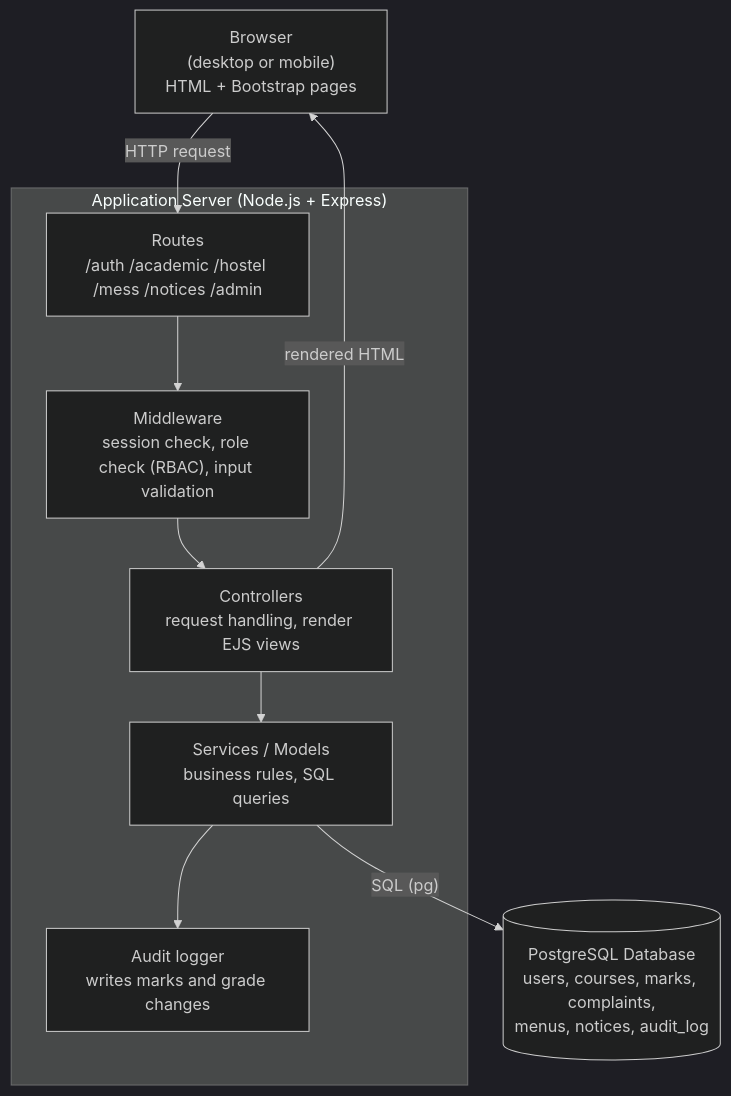
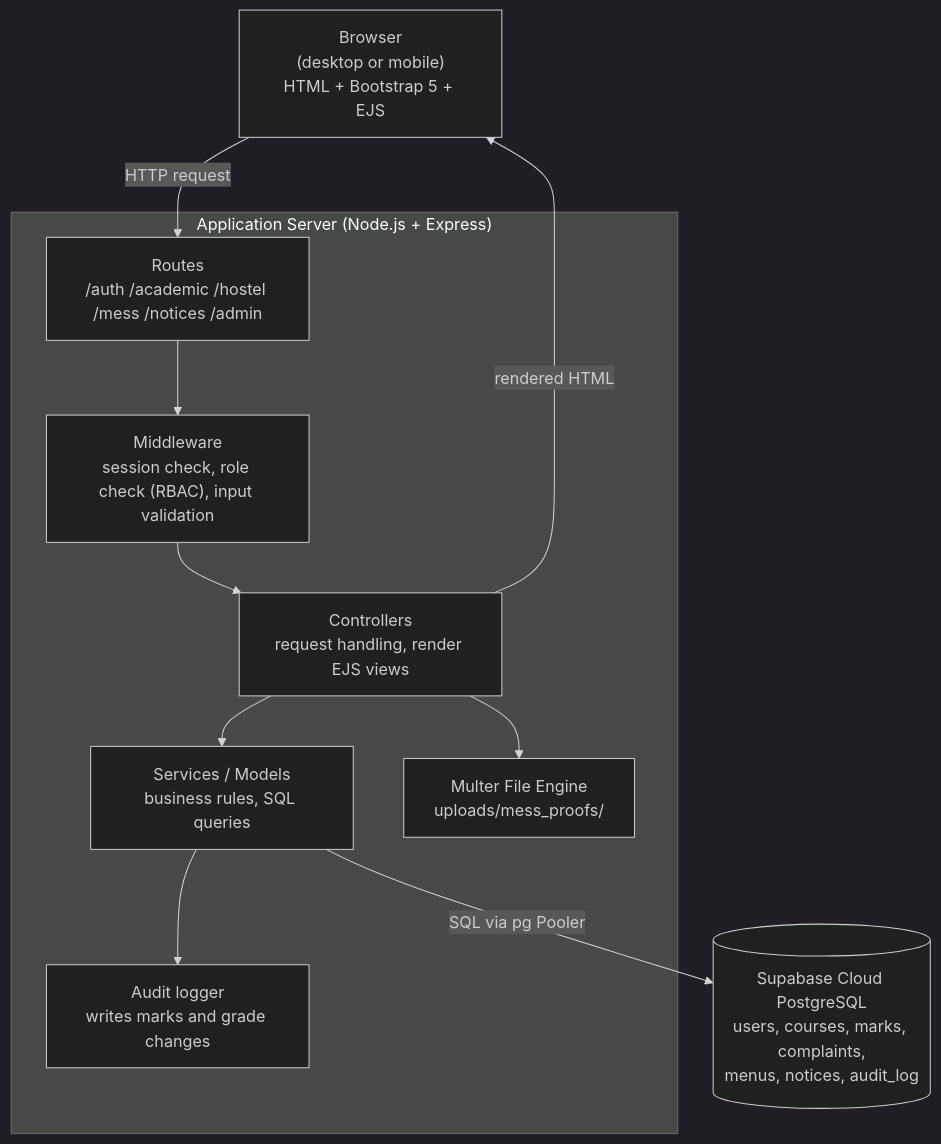
One commit to hansikamalik/UniConnect changed the diagram in docs/architecture/architecture-diagram.md. Above: the diagram before and after it, drawn with Mermaid (dark theme). The commit also changed other lines of this file and 17 other files, not shown here.

Commit message:
fix(compliance): align permissions matrix, preserve FR-5 for Stage 8, add FR-35 password change and FR-9/10 profile views, and update v1.2 architecture docs

````diff
--- a/docs/architecture/architecture-diagram.md
+++ b/docs/architecture/architecture-diagram.md
@@ -13,22 +13,24 @@
 ```mermaid
 flowchart TD
-    B["Browser<br/>(desktop or mobile)<br/>HTML + Bootstrap pages"]
+    B["Browser<br/>(desktop or mobile)<br/>HTML + Bootstrap 5 + EJS"]
 
     subgraph APP["Application Server (Node.js + Express)"]
         R["Routes<br/>/auth /academic /hostel /mess /notices /admin"]
         M["Middleware<br/>session check, role check (RBAC), input validation"]
         C["Controllers<br/>request handling, render EJS views"]
         S["Services / Models<br/>business rules, SQL queries"]
         A["Audit logger<br/>writes marks and grade changes"]
+        UP["Multer File Engine<br/>uploads/mess_proofs/"]
     end
 
-    DB[("PostgreSQL Database<br/>users, courses, marks, complaints,<br/>menus, notices, audit_log")]
+    DB[("Supabase Cloud PostgreSQL<br/>users, courses, marks, complaints,<br/>menus, notices, audit_log")]
 
     B -->|"HTTP request"| R
     R --> M
     M --> C
     C --> S
+    C --> UP
     S --> A
-    S -->|"SQL (pg)"| DB
+    S -->|"SQL via pg Pooler"| DB
     C -->|"rendered HTML"| B
 ```
````
